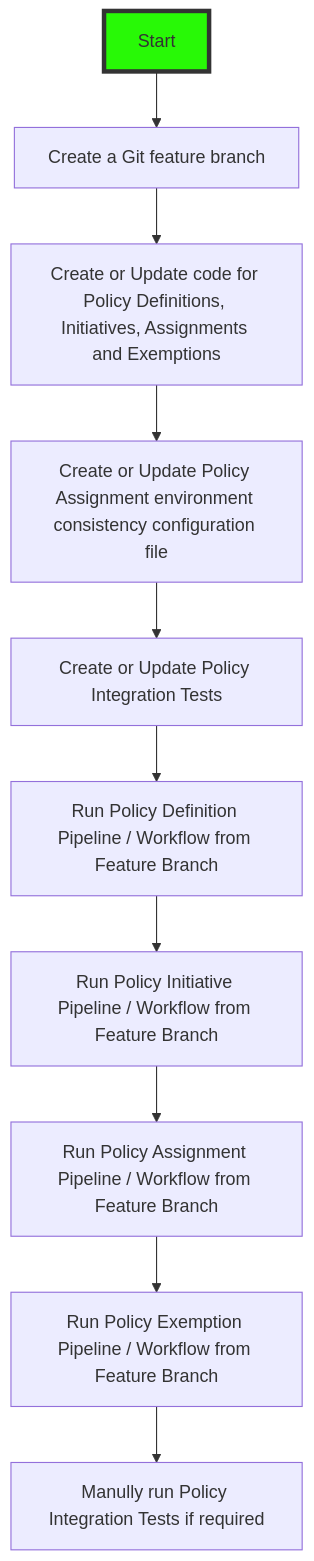
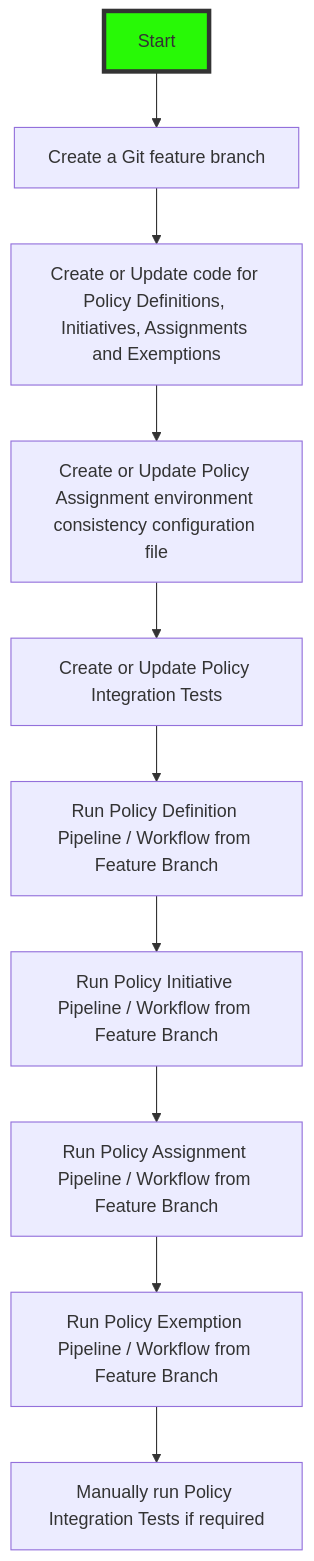
One commit to Azure/AzPolicyFactory changed the first of 3 diagrams in docs/README.md. Above: the diagram before and after it, drawn with Mermaid. The commit also changed other lines of this file and 10 other files, not shown here.

````diff
--- a/docs/README.md
+++ b/docs/README.md
@@ -120,14 +123,14 @@
 ```mermaid
 flowchart TD
     start[Start]  -->
     createGitBranch[Create a Git feature branch] -->
     policyCode[Create or Update code for Policy Definitions, Initiatives, Assignments and Exemptions] -->
     policyAssignmentEnvConsistCode[Create or Update Policy Assignment environment consistency configuration file] -->
     policyIntTestCode[Create or Update Policy Integration Tests]-->
     deployPolicyDefDev[Run Policy Definition Pipeline / Workflow from Feature Branch] -->
     deployPolicyInitiativeDev[Run Policy Initiative Pipeline / Workflow from Feature Branch]-->
     deployPolicyAssignmentDev[Run Policy Assignment Pipeline / Workflow from Feature Branch]-->
     deployPolicyExemptionDev[Run Policy Exemption Pipeline / Workflow from Feature Branch]-->
-    manualRunIntTest[Manully run Policy Integration Tests if required]
+    manualRunIntTest[Manually run Policy Integration Tests if required]
     style start fill:#28F906,stroke:#333,stroke-width:4px
 ```
````
